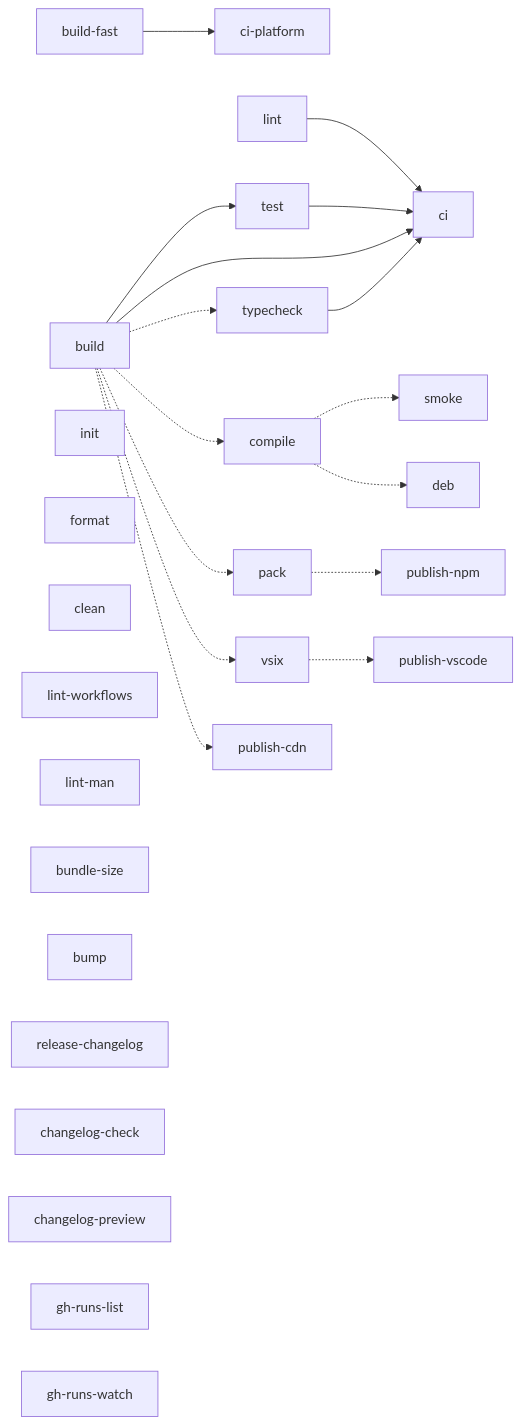
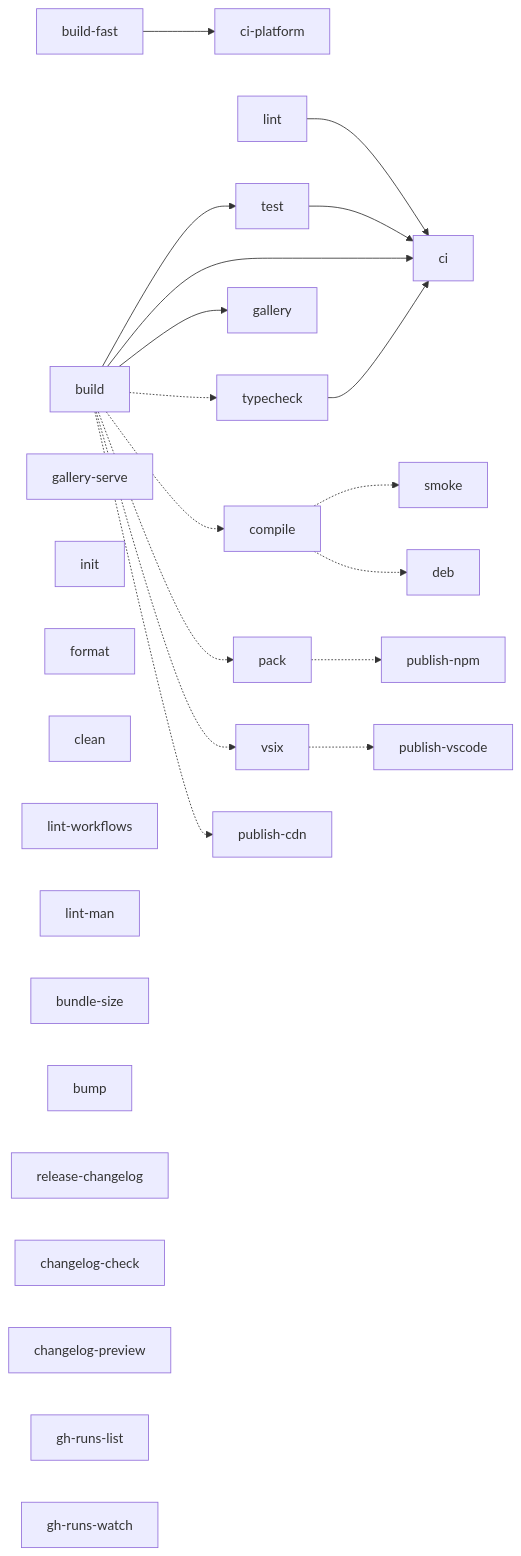
One commit to lolay/nowline changed the diagram in Makefile.md. Above: the diagram before and after it, drawn with Mermaid. The commit also changed other lines of this file and 16 other files, not shown here.

````diff
--- a/Makefile.md
+++ b/Makefile.md
@@ -12,38 +12,40 @@
 ```mermaid
 graph LR
     %% solid = hard prerequisite (make runs the left target first)
     build --> test
     lint --> ci
     build --> ci
     typecheck --> ci
     test --> ci
     build_fast["build-fast"] --> ci_platform["ci-platform"]
+    build --> gallery
 
     %% dotted = consumes the left target's output but is not a hard make
     %% prerequisite: typecheck is ordered after build inside ci instead, and
     %% the release artifacts come from a separate CI job (see "Why publish-*
     %% don't hard-depend on build" below)
     build -.-> typecheck
     build -.-> compile
     compile -.-> smoke
     compile -.-> deb
     build -.-> pack
     build -.-> vsix
     pack -.-> publish_npm["publish-npm"]
     vsix -.-> publish_vscode["publish-vscode"]
     build -.-> publish_cdn["publish-cdn"]
 
     %% standalone
+    gallery_serve["gallery-serve"]
     init
     format
     clean
     lint_workflows["lint-workflows"]
     lint_man["lint-man"]
     bundle_size["bundle-size"]
     bump
     release_changelog["release-changelog"]
     changelog_check["changelog-check"]
     changelog_preview["changelog-preview"]
     gh_runs_list["gh-runs-list"]
     gh_runs_watch["gh-runs-watch"]
 ```
````
